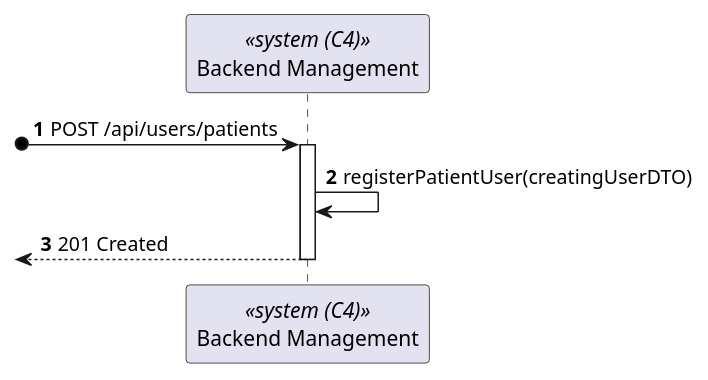
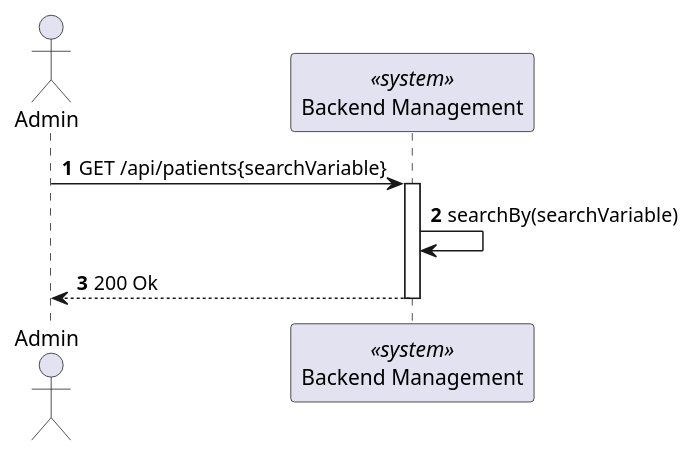
One commit to Lapr5G21/sem5pi-24-25-3ddg21 changed the diagram in docs/PatientProfilesListing/views/level2/process-view.puml. Above: the diagram before and after it, drawn with PlantUML. The commit also changed 31 other files, not shown here.

```diff
--- a/docs/PatientProfilesListing/views/level2/process-view.puml
+++ b/docs/PatientProfilesListing/views/level2/process-view.puml
@@ -1,14 +1,16 @@
-@startuml
+@startuml PatientProfilesListing(level2)
 
 autonumber
-participant SYS as "Backend Management" <<system (C4)>>
+actor Admin as "Admin"
+participant SYS as "Backend Management" <<system>>
 
-?o-> SYS : POST /api/users/patients
+Admin -> SYS : GET /api/patients{searchVariable}
 activate SYS
 
-SYS -> SYS : registerPatientUser(creatingUserDTO)
-<-- SYS : 201 Created
+SYS -> SYS : searchBy(searchVariable)
+
+Admin <-- SYS : 200 Ok
 deactivate SYS
 
 
 @enduml
```
